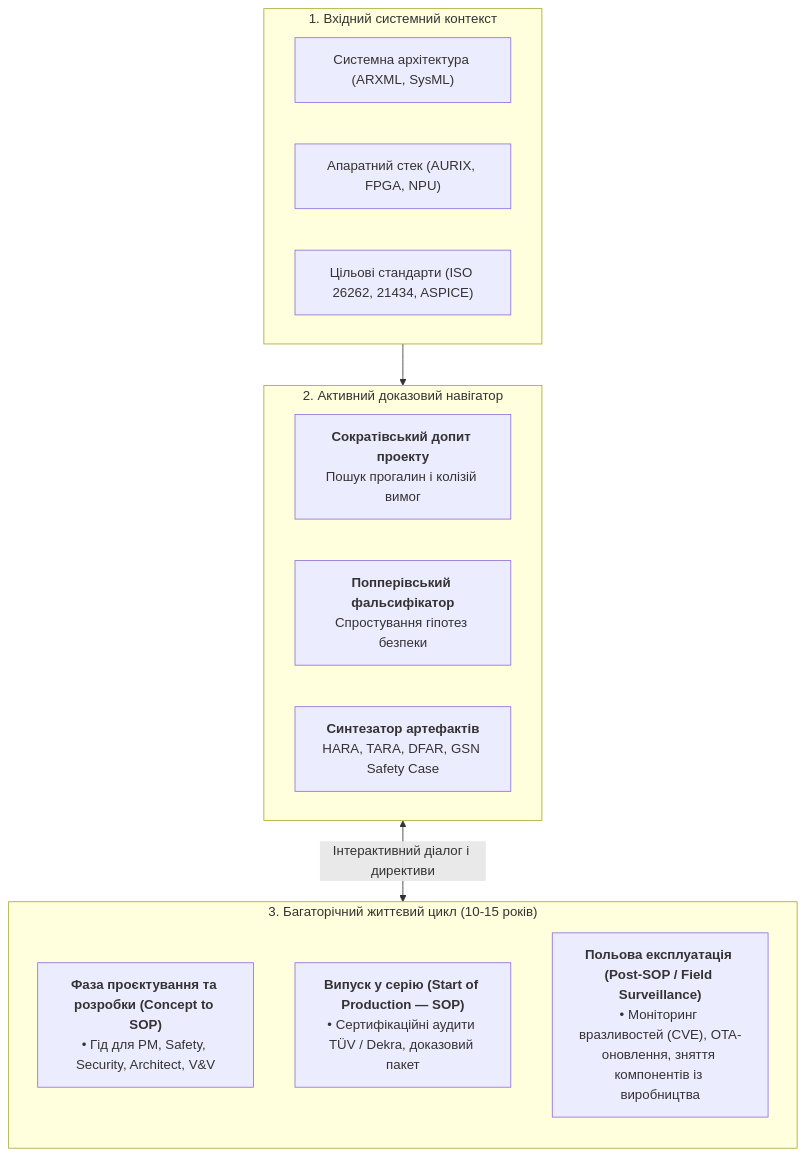
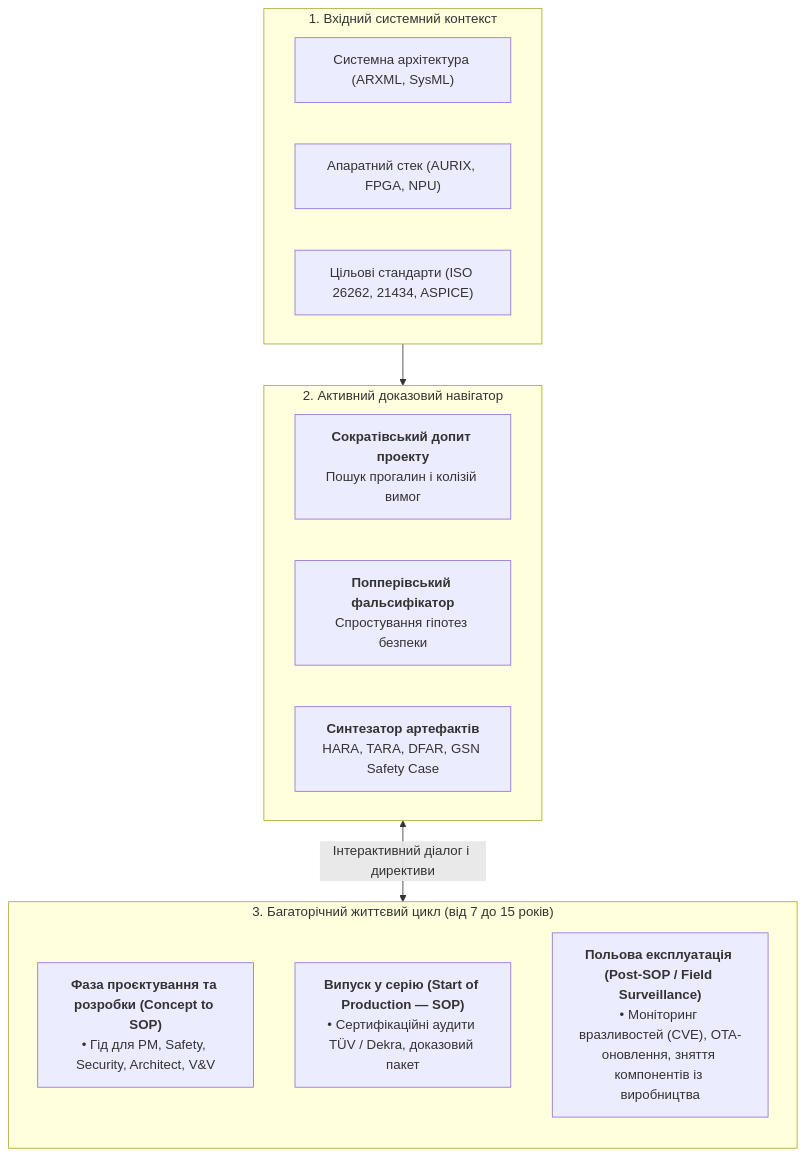
The first of 7 diagrams in ExpertSystem/ch39-active-compliance-auditor-and-popperian-testing.md (nick-fedchik/articles), drawn with Mermaid before and after one commit. The commit also changed other lines of this file and 375 other files, not shown here.

````diff
--- a/ExpertSystem/ch39-active-compliance-auditor-and-popperian-testing.md
+++ b/ExpertSystem/ch39-active-compliance-auditor-and-popperian-testing.md
@@ -86,27 +86,27 @@
 ```mermaid
 flowchart TD
     accTitle: Інтерактивний супровід життєвого циклу продукту активним аудитором
     accDescr: Експертна система як навігатор інженерної команди від концепції до довготривалої польової експлуатації.
 
     subgraph INPUTS["1. Вхідний системний контекст"]
         SYS_ARCH["Системна архітектура (ARXML, SysML)"]
         HW_STACK["Апаратний стек (AURIX, FPGA, NPU)"]
         STANDARDS["Цільові стандарти (ISO 26262, 21434, ASPICE)"]
     end
 
     subgraph ENGINE["2. Активний доказовий навігатор"]
         SOCRATIC["<b>Сократівський допит проекту</b><br/>Пошук прогалин і колізій вимог"]
         POPPER_CORE["<b>Попперівський фальсифікатор</b><br/>Спростування гіпотез безпеки"]
         SYNTH_DOC["<b>Синтезатор артефактів</b><br/>HARA, TARA, DFAR, GSN Safety Case"]
     end
 
-    subgraph LIFECYCLE["3. Багаторічний життєвий цикл (10-15 років)"]
+    subgraph LIFECYCLE["3. Багаторічний життєвий цикл (від 7 до 15 років)"]
         direction TB
         DEV["<b>Фаза проєктування та розробки (Concept to SOP)</b><br/>• Гід для PM, Safety, Security, Architect, V&V"]
         SOP["<b>Випуск у серію (Start of Production — SOP)</b><br/>• Сертифікаційні аудити TÜV / Dekra, доказовий пакет"]
         POST_SOP["<b>Польова експлуатація (Post-SOP / Field Surveillance)</b><br/>• Моніторинг вразливостей (CVE), OTA-оновлення, зняття компонентів із виробництва"]
     end
 
     INPUTS --> ENGINE
     ENGINE <-->|"Інтерактивний діалог і директиви"| LIFECYCLE
 ```
````
